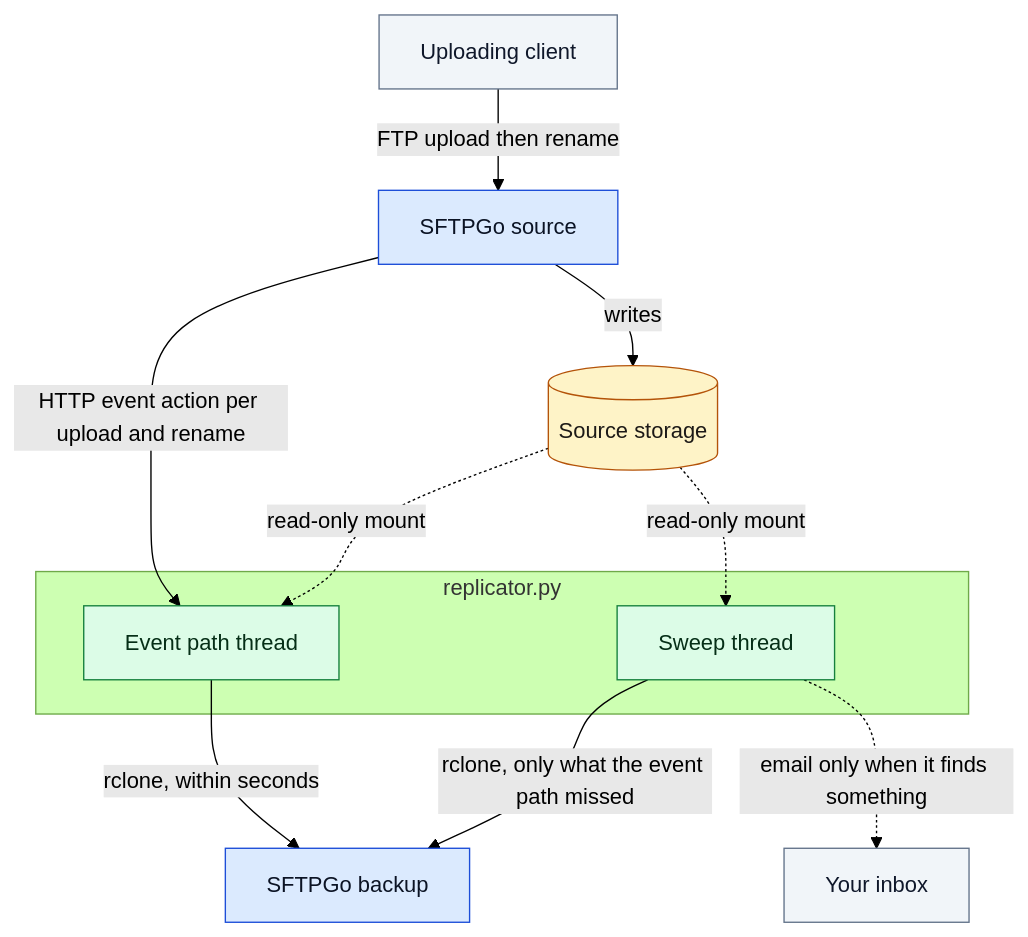
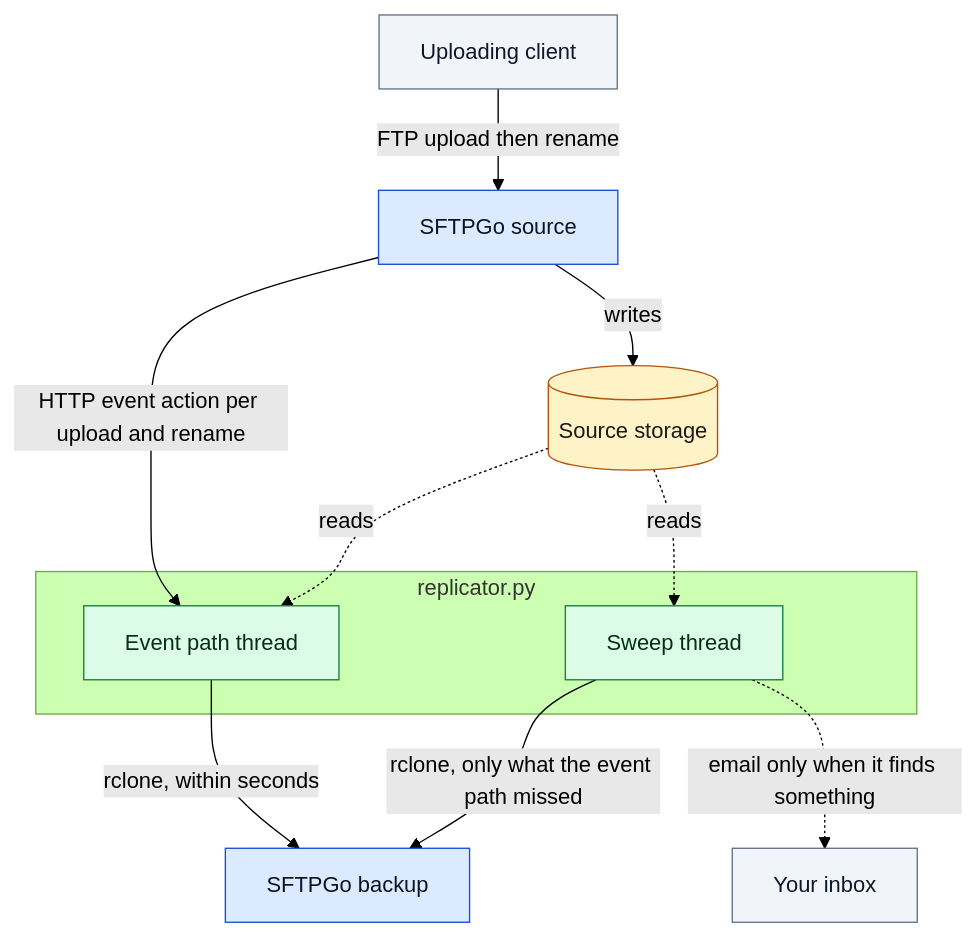
Before and after one commit to andrebrait/ftp-replicator: the diagram in README.md, drawn with Mermaid (forest theme). The commit also changed other lines of this file and 5 other files, not shown here.

````diff
--- a/README.md
+++ b/README.md
@@ -11,33 +11,33 @@
 ```mermaid
 flowchart TD
     client[Uploading client]
     source[SFTPGo source]
     store[(Source storage)]
     daemon[Event path thread]
     sweep[Sweep thread]
     backup[SFTPGo backup]
     inbox[Your inbox]
 
     client -->|FTP upload then rename| source
     source -->|writes| store
     source -->|HTTP event action per upload and rename| daemon
-    store -.->|read-only mount| daemon
-    store -.->|read-only mount| sweep
+    store -.->|reads| daemon
+    store -.->|reads| sweep
     daemon -->|rclone, within seconds| backup
     sweep -->|rclone, only what the event path missed| backup
     sweep -.->|email only when it finds something| inbox
 
     subgraph proc [replicator.py]
         daemon
         sweep
     end
 
     classDef sftpgo fill:#dbeafe,stroke:#1d4ed8,color:#0b1324
     classDef ours fill:#dcfce7,stroke:#15803d,color:#052e16
     classDef outside fill:#f1f5f9,stroke:#64748b,color:#0f172a
     classDef disk fill:#fef3c7,stroke:#b45309,color:#1c1917
     class source,backup sftpgo
     class daemon,sweep ours
     class client,inbox outside
     class store disk
 ```
````
